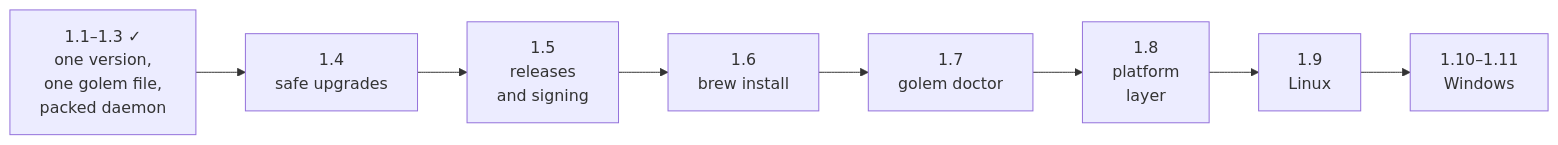
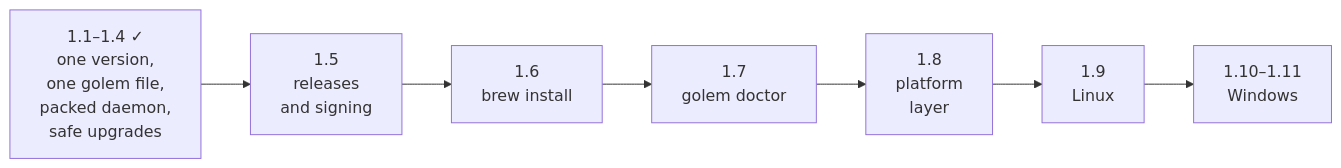
Before and after one commit to MilanPavel/golem: diagram 12 of 12 in docs/sre.md, drawn with Mermaid. The commit also changed other lines of this file and 20 other files, not shown here.

Commit message:
Install - golem.db and checkpoints.db are copied before an upgrade, a newer database is refused with the golem it needs, and golem daemon restart and uninstall

````diff
--- a/docs/sre.md
+++ b/docs/sre.md
@@ -495,4 +499,4 @@
 ```mermaid
 flowchart LR
-  done["1.1–1.3 ✓<br/>one version,<br/>one golem file,<br/>packed daemon"] --> s14["1.4<br/>safe upgrades"] --> s15["1.5<br/>releases<br/>and signing"] --> s16["1.6<br/>brew install"] --> s17["1.7<br/>golem doctor"] --> s18["1.8<br/>platform<br/>layer"] --> s19["1.9<br/>Linux"] --> s110["1.10–1.11<br/>Windows"]
+  done["1.1–1.4 ✓<br/>one version,<br/>one golem file,<br/>packed daemon,<br/>safe upgrades"] --> s15["1.5<br/>releases<br/>and signing"] --> s16["1.6<br/>brew install"] --> s17["1.7<br/>golem doctor"] --> s18["1.8<br/>platform<br/>layer"] --> s19["1.9<br/>Linux"] --> s110["1.10–1.11<br/>Windows"]
 ```
````
